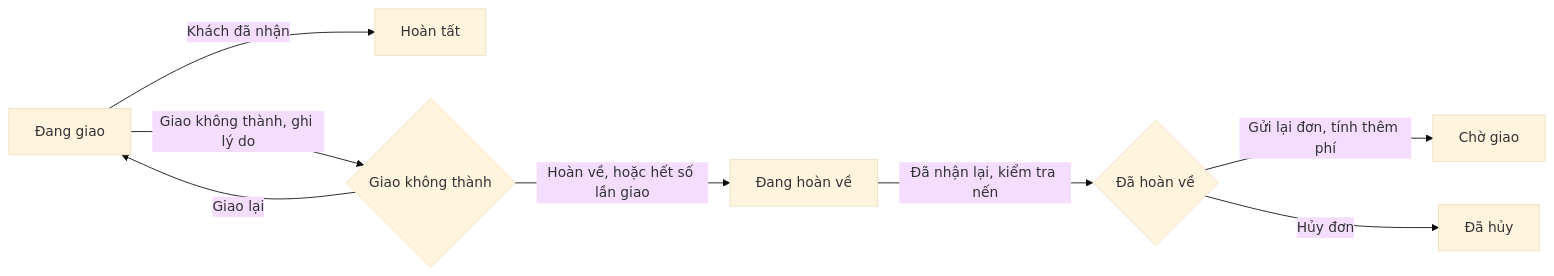
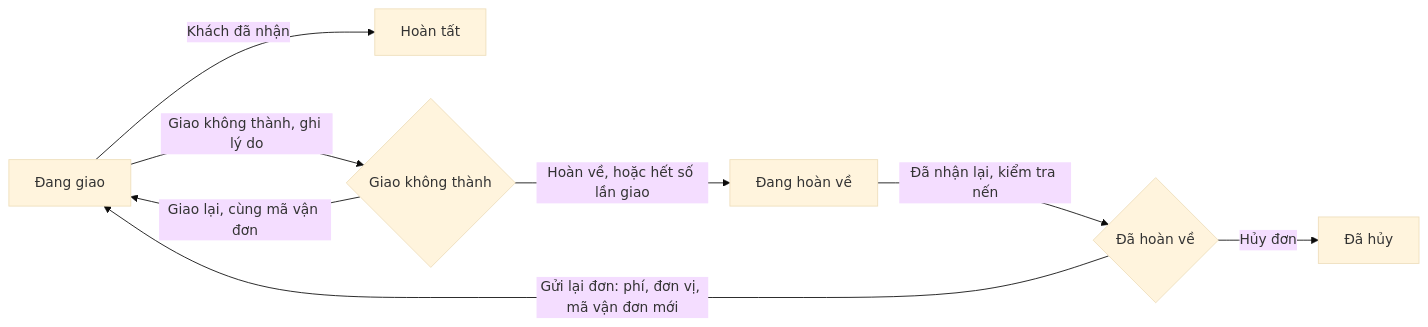
One commit to tintran259/candle-shop changed the second of 2 diagrams in docs/workflow.md. Above: the diagram before and after it, drawn with Mermaid (base theme). The commit also changed other lines of this file and 53 other files, not shown here.

````diff
--- a/docs/workflow.md
+++ b/docs/workflow.md
@@ -161,10 +165,10 @@
 ```mermaid
 flowchart LR
   G[Đang giao] -- Khách đã nhận --> H[Hoàn tất]
   G -- Giao không thành, ghi lý do --> L{Giao không thành}
-  L -- Giao lại --> G
+  L -- Giao lại, cùng mã vận đơn --> G
   L -- Hoàn về, hoặc hết số lần giao --> R[Đang hoàn về]
   R -- Đã nhận lại, kiểm tra nến --> K{Đã hoàn về}
-  K -- Gửi lại đơn, tính thêm phí --> F[Chờ giao]
+  K -- Gửi lại đơn: phí, đơn vị, mã vận đơn mới --> G
   K -- Hủy đơn --> X[Đã hủy]
 ```
````
